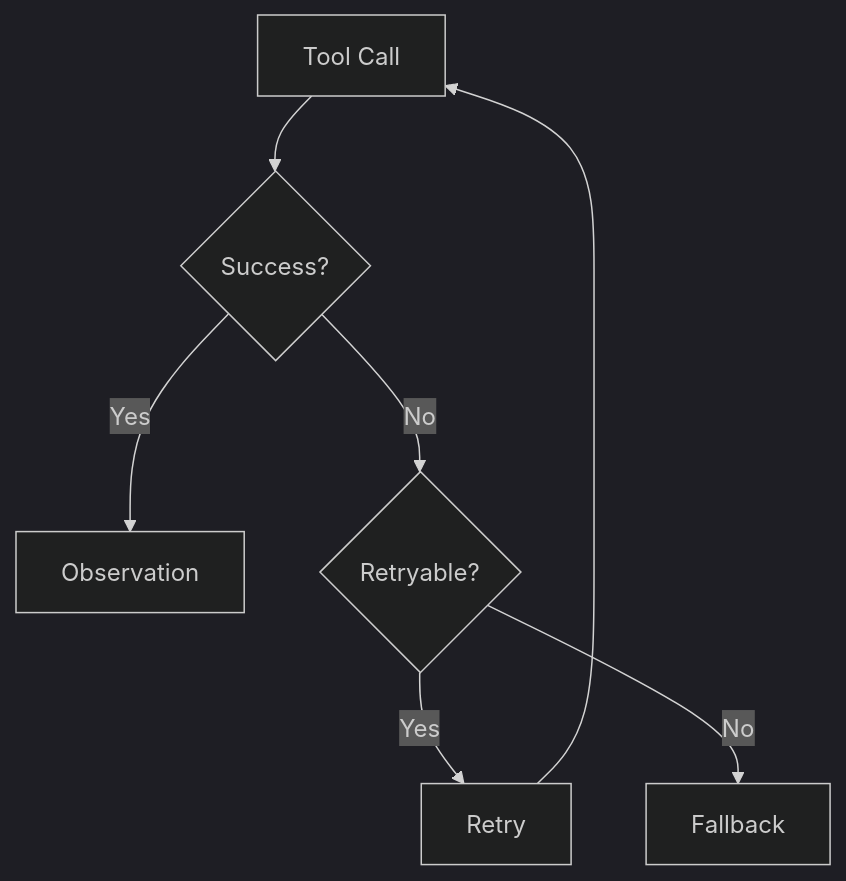
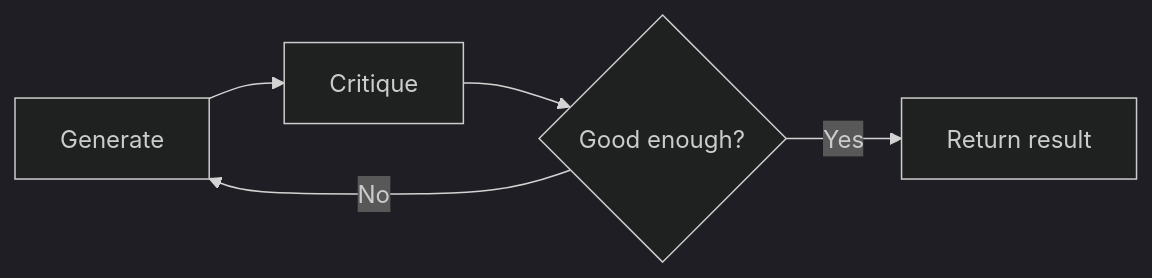
One commit to MihirKJha/enterprise-ai-engineering-handbook changed the fifth of 8 diagrams in docs/08-ai-engineering-frameworks/langgraph/18-graph-based-agent-architecture.md. Above: the diagram before and after it, drawn with Mermaid (dark theme). The commit also changed other lines of this file and 10 other files, not shown here.

````diff
--- a/docs/08-ai-engineering-frameworks/langgraph/18-graph-based-agent-architecture.md
+++ b/docs/08-ai-engineering-frameworks/langgraph/18-graph-based-agent-architecture.md
@@ -857,15 +148,7 @@
 ```mermaid
-flowchart TD
-
-    A[Tool Call] --> B{Success?}
-
-    B -->|Yes| C[Observation]
-
-    B -->|No| D{Retryable?}
-
-    D -->|Yes| E[Retry]
-
-    D -->|No| F[Fallback]
-
-    E --> A
+flowchart LR
+    A[Generate] --> B[Critique]
+    B --> C{Good enough?}
+    C -->|No| A
+    C -->|Yes| D[Return result]
 ```
````
